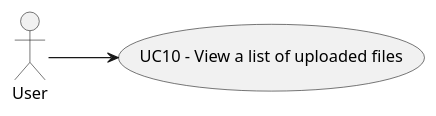
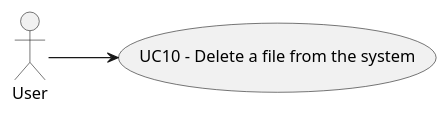
Before and after one commit to joaotorres28/ParticularProject: the diagram in docs/Global_Artifacts/Design/Level1/Uc_Folder/UC10/UC10.puml, drawn with PlantUML. The commit also changed 25 other files, not shown here.

```diff
--- a/docs/Global_Artifacts/Design/Level1/Uc_Folder/UC10/UC10.puml
+++ b/docs/Global_Artifacts/Design/Level1/Uc_Folder/UC10/UC10.puml
@@ -1,9 +1,9 @@
 @startuml
 
 left to right direction
 actor User
 
-usecase UC10 as "UC10 - View a list of uploaded files"
+usecase UC10 as "UC10 - Delete a file from the system"
 User --> UC10
 
 @enduml
```
